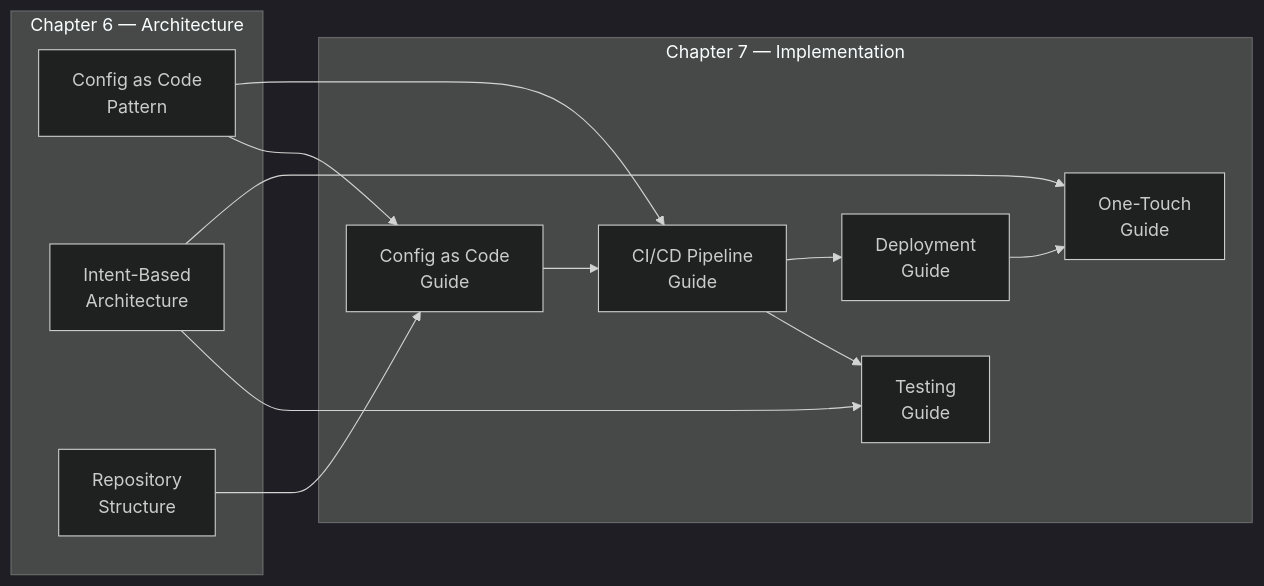
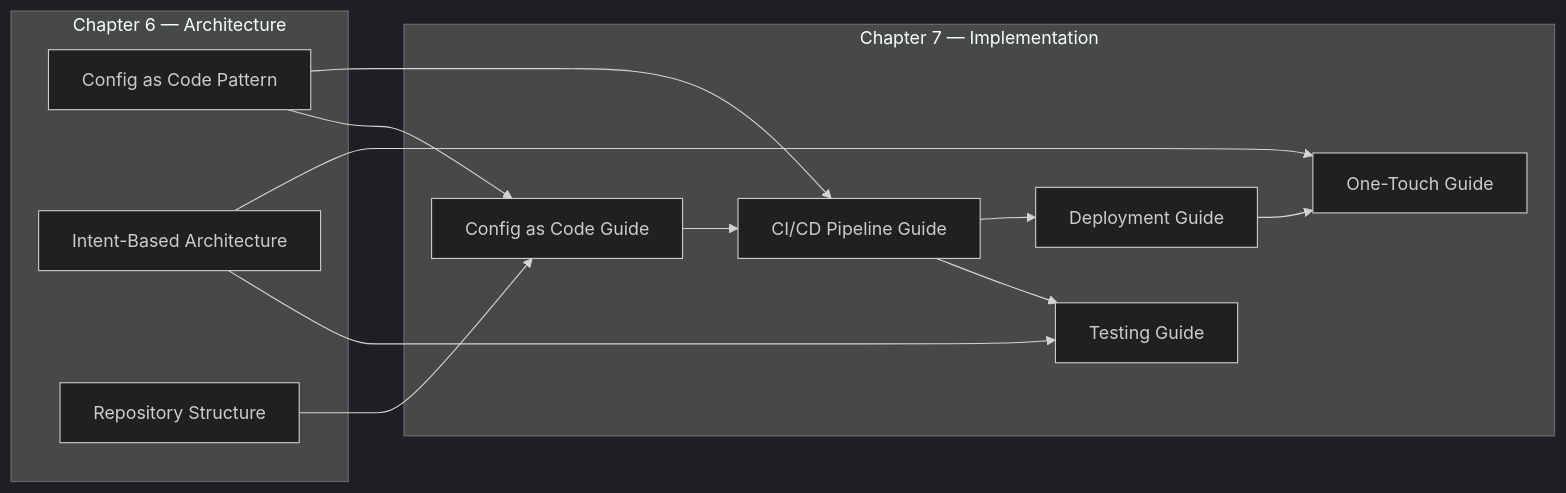
One commit to ppklau/network_automation_handbook changed the diagram in 07-implementation-guides/chapter.md. Above: the diagram before and after it, drawn with Mermaid (dark theme). The commit also changed 12 other files, not shown here.

Commit message:
Adjusted mermaid diagrams.

````diff
--- a/07-implementation-guides/chapter.md
+++ b/07-implementation-guides/chapter.md
@@ -26,26 +26,26 @@
 ```mermaid
 graph LR
     subgraph "Chapter 6 — Architecture"
-        CaC["Config as Code<br>Pattern"]
-        IBN["Intent-Based<br>Architecture"]
-        REPO["Repository<br>Structure"]
+        CaC["Config as Code Pattern"]
+        IBN["Intent-Based Architecture"]
+        REPO["Repository Structure"]
     end
 
     subgraph "Chapter 7 — Implementation"
-        G1["Config as Code<br>Guide"]
-        G2["CI/CD Pipeline<br>Guide"]
-        G3["Testing<br>Guide"]
-        G4["Deployment<br>Guide"]
-        G5["One-Touch<br>Guide"]
+        G1["Config as Code Guide"]
+        G2["CI/CD Pipeline Guide"]
+        G3["Testing Guide"]
+        G4["Deployment Guide"]
+        G5["One-Touch Guide"]
     end
 
     CaC --> G1
     CaC --> G2
     IBN --> G3
     IBN --> G5
     REPO --> G1
     G1 --> G2
     G2 --> G3
     G2 --> G4
     G4 --> G5
 ```
````
